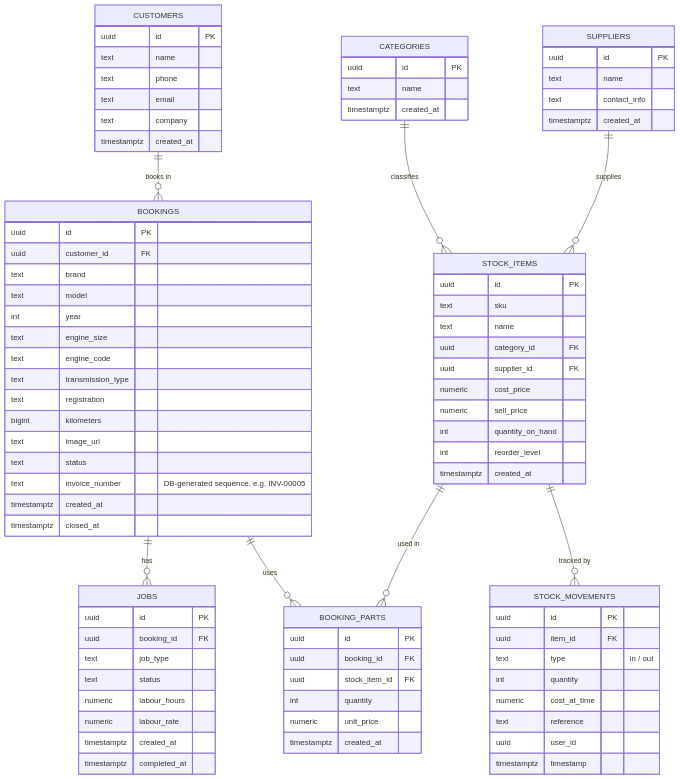
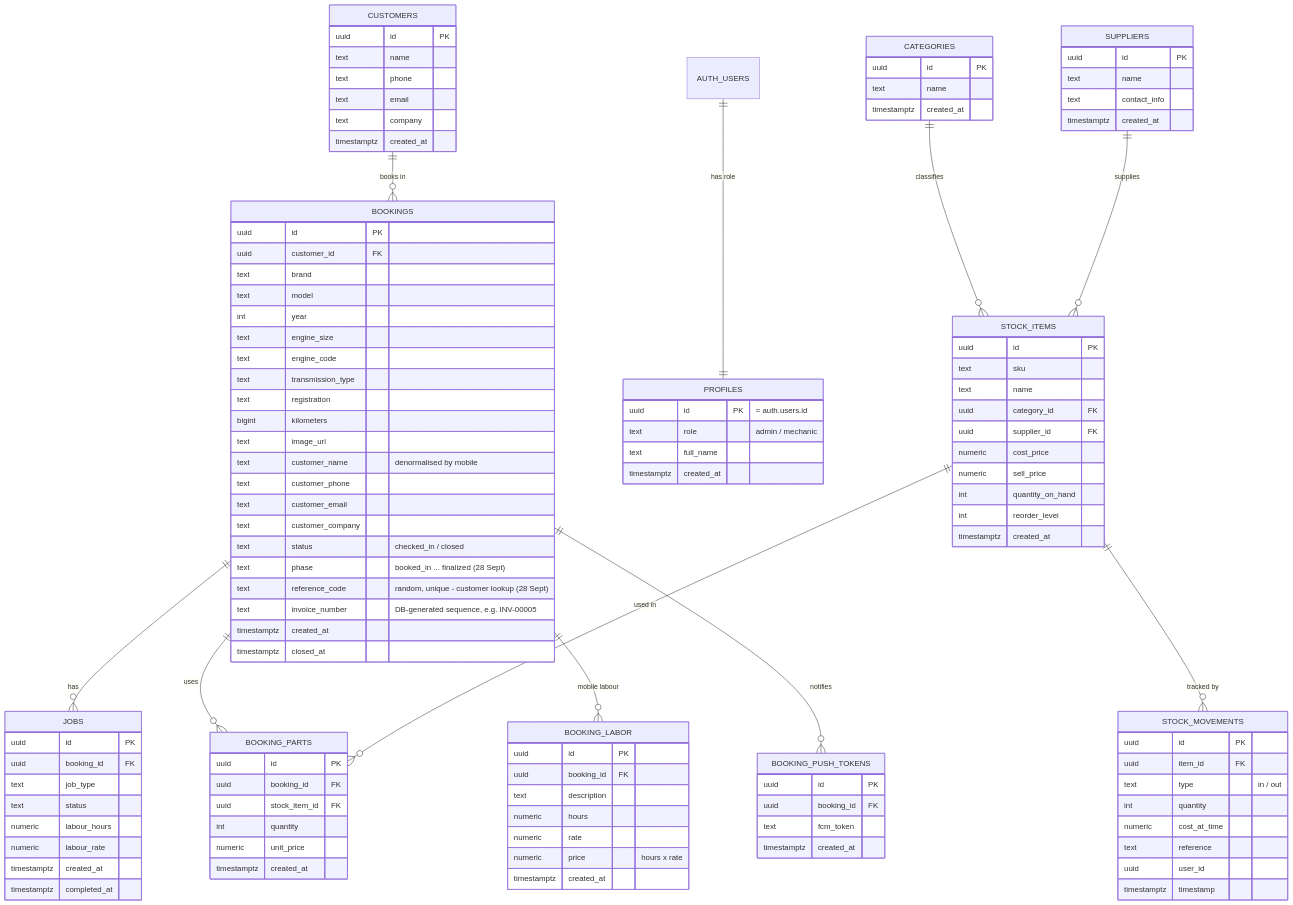
Before and after one commit to BlackZ3ro/Spanner-Riese-Auto-Clinic: the fifth of 5 diagrams in project-docs/phase-2/uml-and-erd.md, drawn with Mermaid. The commit also changed other lines of this file and 8 other files, not shown here.

Commit message:
Recheck: architecture, ERD and docs brought in line with Gary's 28 Sept mobile work

````diff
--- a/project-docs/phase-2/uml-and-erd.md
+++ b/project-docs/phase-2/uml-and-erd.md
@@ -250,6 +270,9 @@
     CUSTOMERS ||--o{ BOOKINGS : "books in"
     BOOKINGS ||--o{ JOBS : "has"
     BOOKINGS ||--o{ BOOKING_PARTS : "uses"
+    BOOKINGS ||--o{ BOOKING_LABOR : "mobile labour"
+    BOOKINGS ||--o{ BOOKING_PUSH_TOKENS : "notifies"
+    AUTH_USERS ||--|| PROFILES : "has role"
     STOCK_ITEMS ||--o{ BOOKING_PARTS : "used in"
     STOCK_ITEMS ||--o{ STOCK_MOVEMENTS : "tracked by"
     CATEGORIES ||--o{ STOCK_ITEMS : "classifies"
@@ -275,7 +298,13 @@
         text registration
         bigint kilometers
         text image_url
-        text status
+        text customer_name "denormalised by mobile"
+        text customer_phone
+        text customer_email
+        text customer_company
+        text status "checked_in / closed"
+        text phase "booked_in ... finalized (28 Sept)"
+        text reference_code "random, unique - customer lookup (28 Sept)"
         text invoice_number "DB-generated sequence, e.g. INV-00005"
         timestamptz created_at
         timestamptz closed_at
@@ -331,4 +360,25 @@
         text contact_info
         timestamptz created_at
     }
+    BOOKING_LABOR {
+        uuid id PK
+        uuid booking_id FK
+        text description
+        numeric hours
+        numeric rate
+        numeric price "hours x rate"
+        timestamptz created_at
+    }
+    PROFILES {
+        uuid id PK "= auth.users.id"
+        text role "admin / mechanic"
+        text full_name
+        timestamptz created_at
+    }
+    BOOKING_PUSH_TOKENS {
+        uuid id PK
+        uuid booking_id FK
+        text fcm_token
+        timestamptz created_at
+    }
 ```
````
